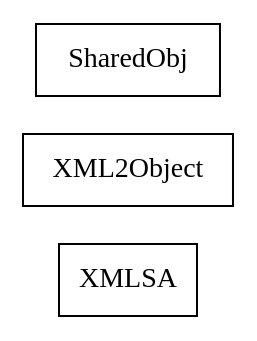
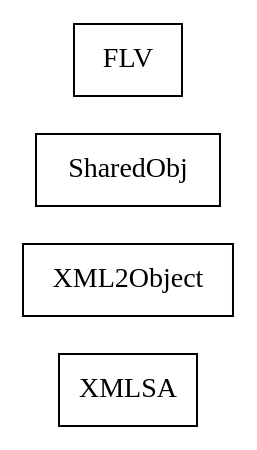
One commit to sekati/sasapi changed the diagram in docs/com/sekati/data/classes.dot. Above: the diagram before and after it, drawn with Graphviz. The commit also changed 64 other files, not shown here.

```diff
--- a/docs/com/sekati/data/classes.dot
+++ b/docs/com/sekati/data/classes.dot
@@ -1,21 +1,27 @@
 strict digraph class_diagram {
   rankdir=LR;
   TypeXMLSA[
     label="XMLSA",
     URL="XMLSA.html",
     tooltip="com.sekati.data.XMLSA",
     shape="record"
   ];
   TypeXML2Object[
     label="XML2Object",
     URL="XML2Object.html",
     tooltip="com.sekati.data.XML2Object",
     shape="record"
   ];
   TypeSharedObj[
     label="SharedObj",
     URL="SharedObj.html",
     tooltip="com.sekati.data.SharedObj",
     shape="record"
   ];
+  TypeFLV[
+    label="FLV",
+    URL="FLV.html",
+    tooltip="com.sekati.data.FLV",
+    shape="record"
+  ];
 }
```
